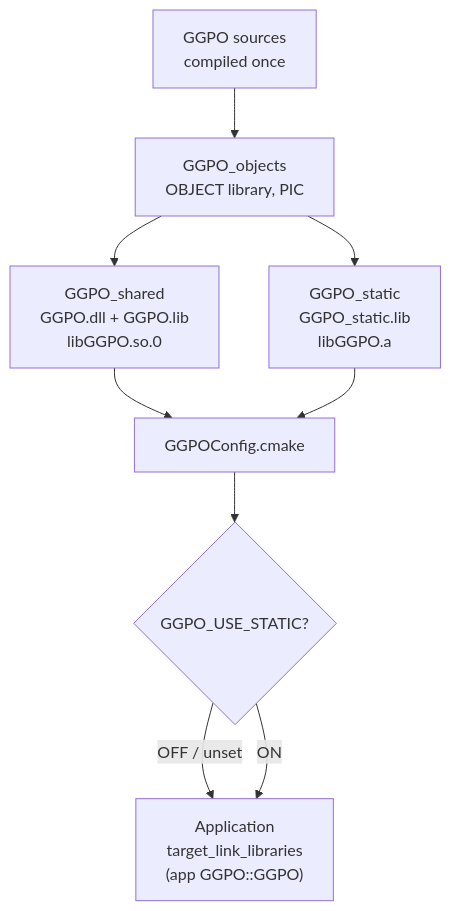
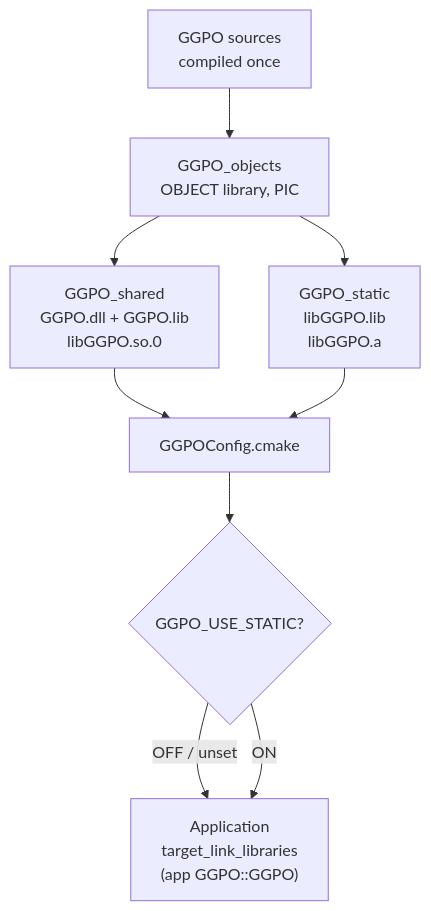
Before and after one commit to irregularthanis/ggpo-next: the diagram in doc/planning/2026-11-10-dual_linkage_sdk/TECH_PLAN.md, drawn with Mermaid. The commit also changed other lines of this file and 2 other files, not shown here.

Commit message:
docs: name the Windows static library libGGPO.lib

````diff
--- a/doc/planning/2026-11-10-dual_linkage_sdk/TECH_PLAN.md
+++ b/doc/planning/2026-11-10-dual_linkage_sdk/TECH_PLAN.md
@@ -34,19 +34,19 @@
 ```mermaid
 flowchart TD
     Src["GGPO sources<br/>compiled once"]
     Obj["GGPO_objects<br/>OBJECT library, PIC"]
     Shared["GGPO_shared<br/>GGPO.dll + GGPO.lib<br/>libGGPO.so.0"]
-    Static["GGPO_static<br/>GGPO_static.lib<br/>libGGPO.a"]
+    Static["GGPO_static<br/>libGGPO.lib<br/>libGGPO.a"]
     Config["GGPOConfig.cmake"]
     Default{"GGPO_USE_STATIC?"}
     App["Application<br/>target_link_libraries<br/>(app GGPO::GGPO)"]
 
     Src --> Obj
     Obj --> Shared
     Obj --> Static
     Shared --> Config
     Static --> Config
     Config --> Default
     Default -->|"OFF / unset"| App
     Default -->|"ON"| App
 ```
````
